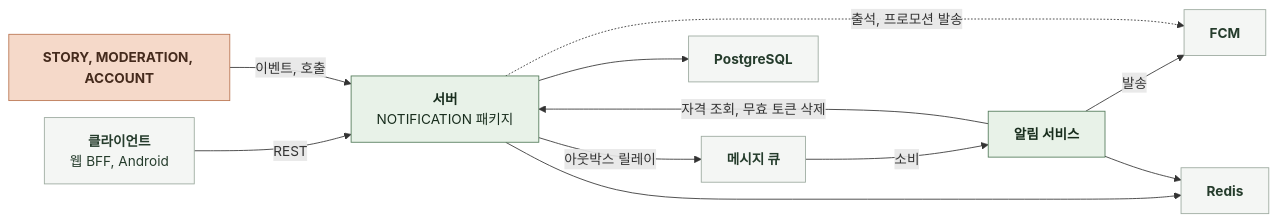
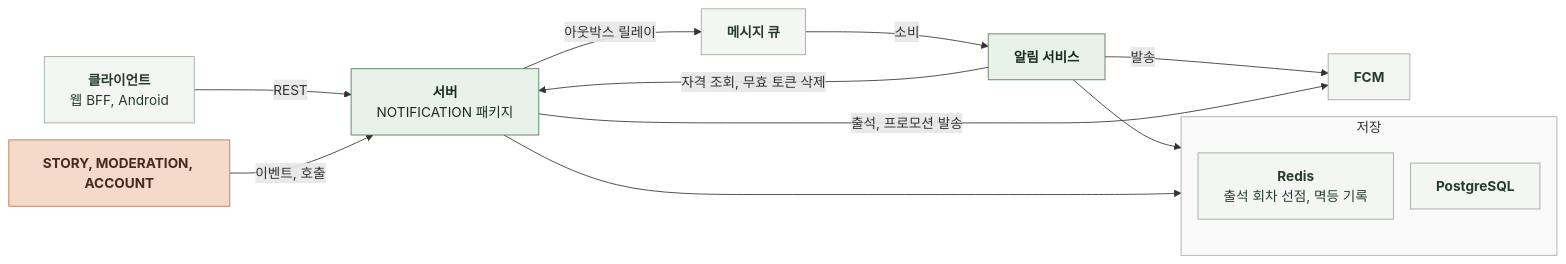
One commit to KIM-N-KANG/knk-harness changed the diagram in docs/domain/NOTIFICATION/BACKEND/3-1-SOFTWARE-ARCHITECTURE.md. Above: the diagram before and after it, drawn with Mermaid. The commit also changed other lines of this file and 14 other files, not shown here.

````diff
--- a/docs/domain/NOTIFICATION/BACKEND/3-1-SOFTWARE-ARCHITECTURE.md
+++ b/docs/domain/NOTIFICATION/BACKEND/3-1-SOFTWARE-ARCHITECTURE.md
@@ -22,22 +21,28 @@
 ```mermaid
 %%{init: {"flowchart": {"curve": "basis", "nodeSpacing": 20, "rankSpacing": 60}}}%%
 flowchart LR
     C["`**클라이언트**
 웹 BFF, Android`"] -->|REST| S["`**서버**
 NOTIFICATION 패키지`"]
     O["`**STORY, MODERATION, ACCOUNT**`"] -->|이벤트, 호출| S
     S -->|아웃박스 릴레이| Q["`**메시지 큐**`"]
     Q -->|소비| N["`**알림 서비스**`"]
     N -->|자격 조회, 무효 토큰 삭제| S
     N -->|발송| F["`**FCM**`"]
-    S -.->|출석, 프로모션 발송| F
-    S --> DB["`**PostgreSQL**`"]
-    S --> R["`**Redis**`"]
+    S -->|출석, 프로모션 발송| F
+    S --> ST
     N --> R
+    subgraph ST["저장"]
+        direction TB
+        DB["`**PostgreSQL**`"]
+        R["`**Redis**
+출석 회차 선점, 멱등 기록`"]
+    end
     classDef ext fill:#F4F6F4,stroke:#9BA99E,color:#253C2C
     classDef comp fill:#E8F2E8,stroke:#527A59,color:#182D1D
     classDef task fill:#F5D9C9,stroke:#B97450,color:#452B1D
     class C,Q,F,DB,R ext
     class S,N comp
     class O task
+    style ST fill:#FAFAFA,stroke:#AAAAAA
 ```
````
